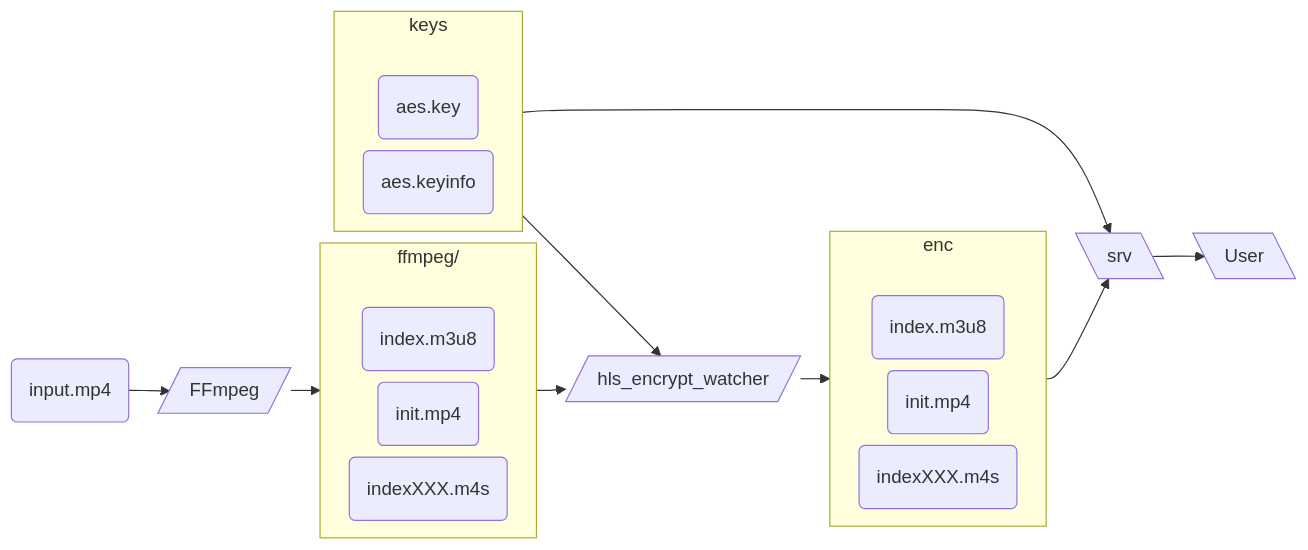
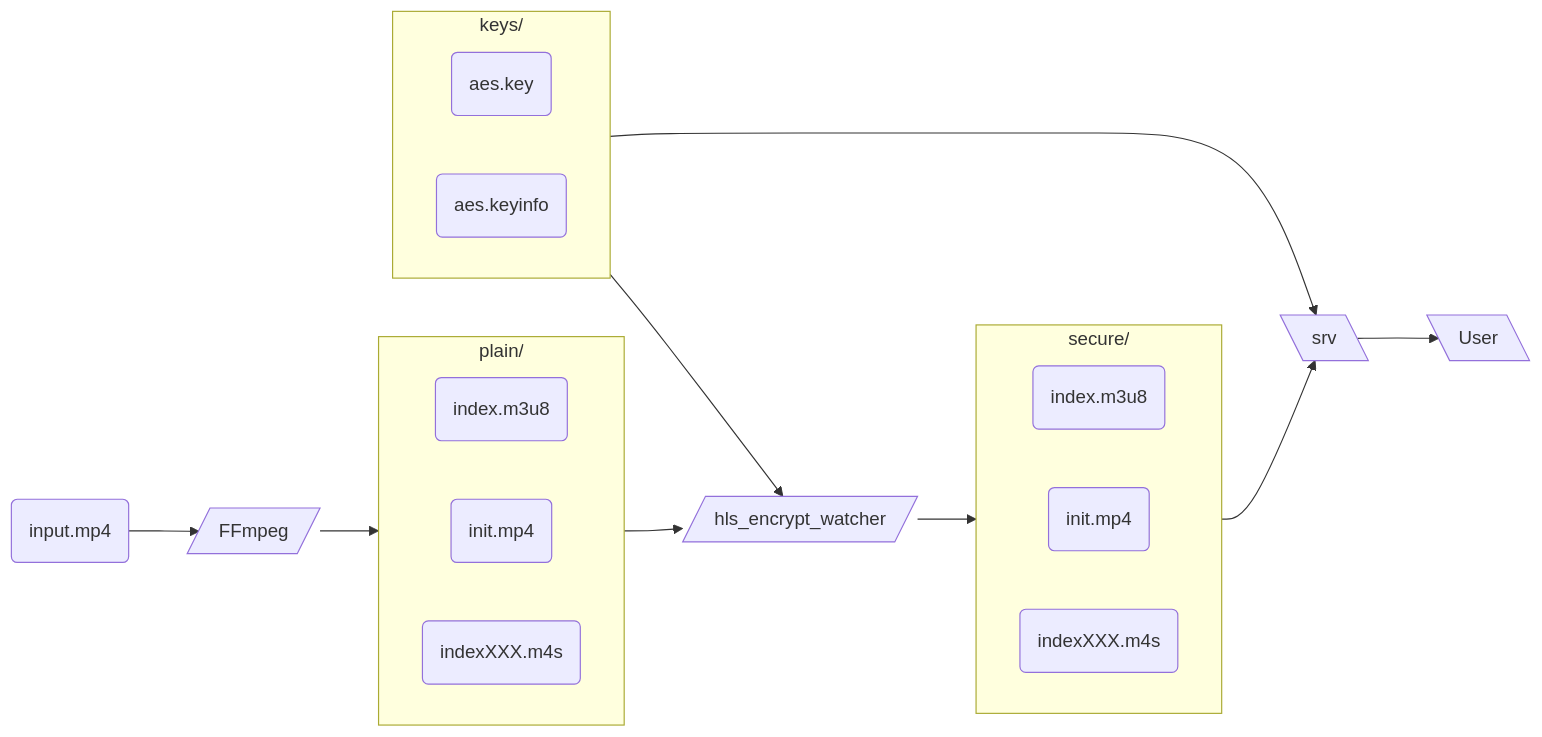
One commit to zeek0x/encrypted-fmp4-hls-using-ffmpeg changed the diagram in README.md. Above: the diagram before and after it, drawn with Mermaid. The commit also changed other lines of this file and 10 other files, not shown here.

````diff
--- a/README.md
+++ b/README.md
@@ -3,40 +3,34 @@
 ```mermaid
-%%{init: {"flowchart": {"nodeSpacing": 10, "rankSpacing": 25}} }%%
 flowchart LR
     A("input.mp4") --> B[/"FFmpeg"/]
 
-    subgraph C["ffmpeg/"]
+    subgraph C["plain/"]
       direction LR
-      C0[" "]:::invisible
       C1("index.m3u8"):::file
       C2("init.mp4"):::file
       C3("indexXXX.m4s"):::file
     end
 
     B --> C
 
-    subgraph D["keys"]
+    subgraph D["keys/"]
       direction LR
-      D0[" "]:::invisible
       D1("aes.key"):::file
       D2("aes.keyinfo"):::file
     end
 
     C --> E[/"hls_encrypt_watcher"/]
     D --> E
 
-    subgraph F["enc"]
+    subgraph F["secure/"]
       direction LR
-      F0[" "]:::invisible
       F1("index.m3u8"):::file
       F2("init.mp4"):::file
       F3("indexXXX.m4s"):::file
     end
 
     E --> F
     D --> G[\"srv"\]
     F --> G
     G --> H[\"User"\]
-
-classDef invisible fill:none,stroke:none;
 ```
````
